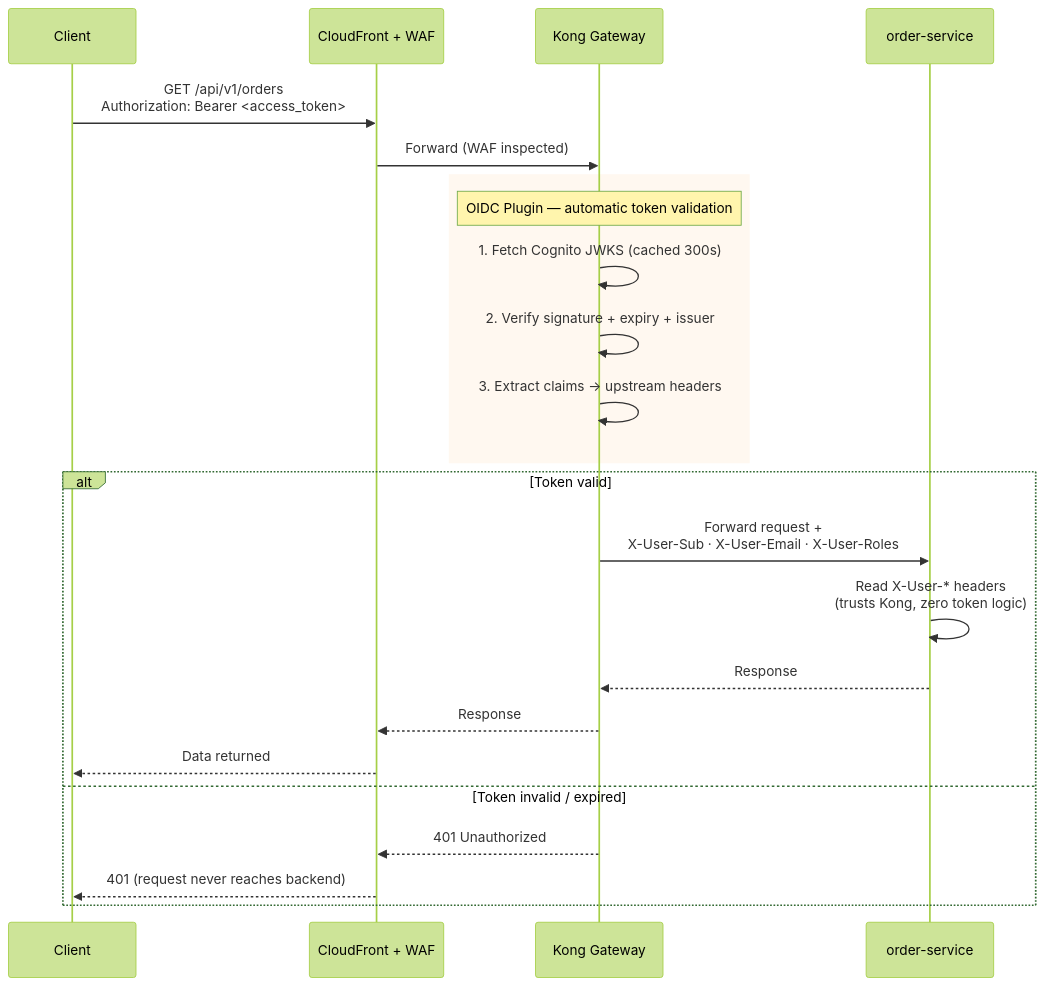
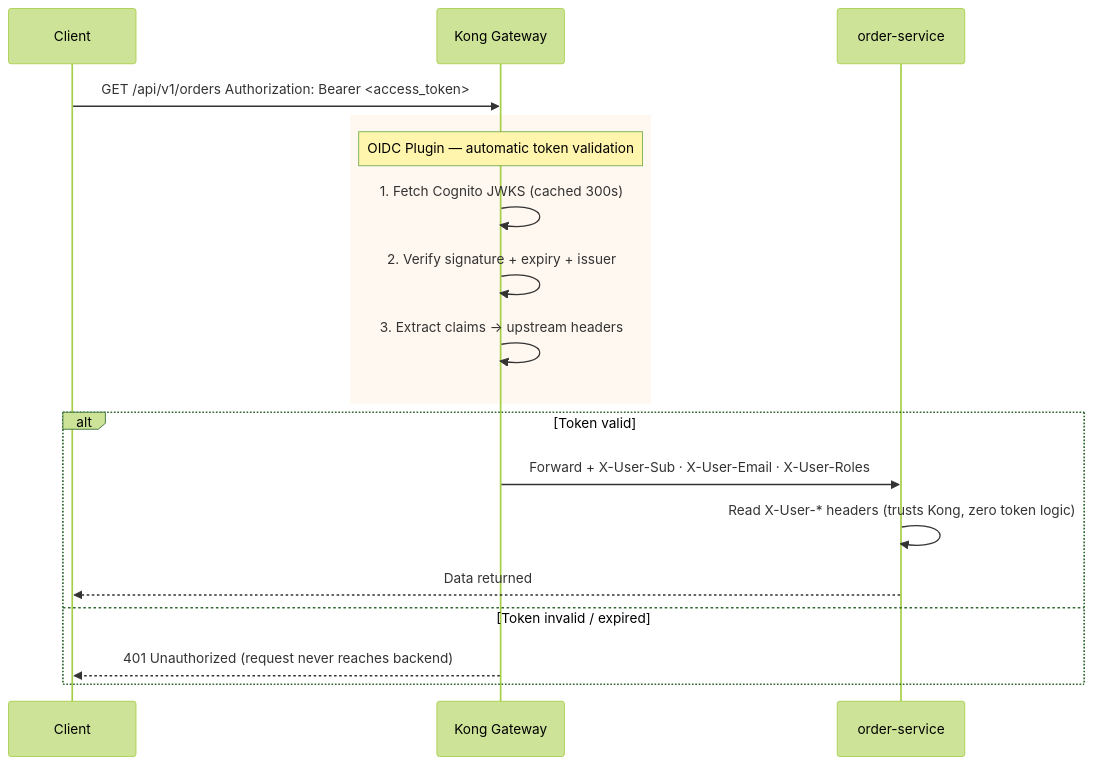
The fourth of 12 diagrams in README.md (shanaka-versent/munchgo-aws-iac), drawn with Mermaid (forest theme) before and after one commit. The commit also changed other lines of this file, not shown here.

````diff
--- a/README.md
+++ b/README.md
@@ -488,28 +368,23 @@
 ```mermaid
 sequenceDiagram
     participant C as Client
-    participant CF as CloudFront + WAF
     participant Kong as Kong Gateway
     participant Svc as order-service
 
-    C->>CF: GET /api/v1/orders<br/>Authorization: Bearer <access_token>
-    CF->>Kong: Forward (WAF inspected)
+    C->>Kong: GET /api/v1/orders  Authorization: Bearer <access_token>
 
     rect rgb(255, 248, 240)
         Note over Kong: OIDC Plugin — automatic token validation
         Kong->>Kong: 1. Fetch Cognito JWKS (cached 300s)
         Kong->>Kong: 2. Verify signature + expiry + issuer
         Kong->>Kong: 3. Extract claims → upstream headers
     end
 
     alt Token valid
-        Kong->>Svc: Forward request +<br/>X-User-Sub · X-User-Email · X-User-Roles
-        Svc->>Svc: Read X-User-* headers<br/>(trusts Kong, zero token logic)
-        Svc-->>Kong: Response
-        Kong-->>CF: Response
-        CF-->>C: Data returned
+        Kong->>Svc: Forward + X-User-Sub · X-User-Email · X-User-Roles
+        Svc->>Svc: Read X-User-* headers (trusts Kong, zero token logic)
+        Svc-->>C: Data returned
     else Token invalid / expired
-        Kong-->>CF: 401 Unauthorized
-        CF-->>C: 401 (request never reaches backend)
+        Kong-->>C: 401 Unauthorized (request never reaches backend)
     end
 ```
````
